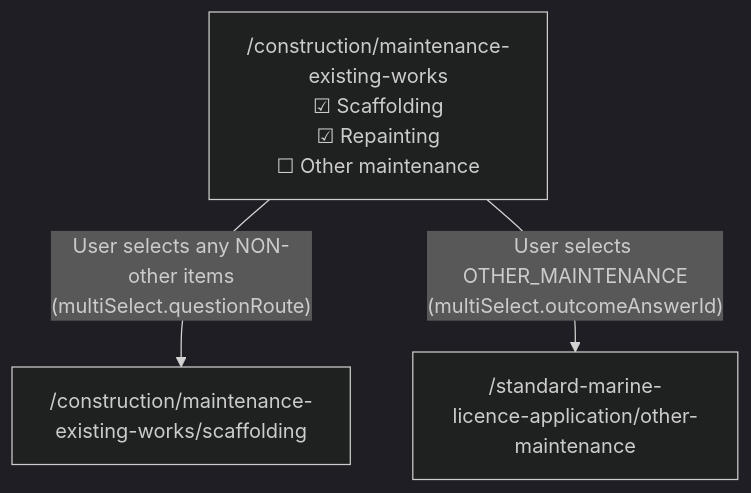
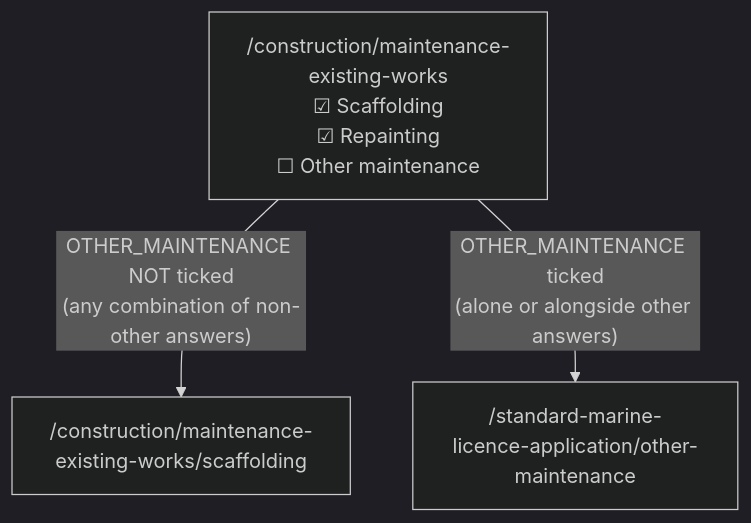
The fourth of 6 diagrams in src/server/journey/self-service/data/README.data.md (dhansak79/marine-licensing-frontend), drawn with Mermaid (dark theme) before and after one commit. The commit also changed other lines of this file and 13 other files, not shown here.

````diff
--- a/src/server/journey/self-service/data/README.data.md
+++ b/src/server/journey/self-service/data/README.data.md
@@ -262,6 +262,6 @@
 ```mermaid
 flowchart TD
     MS["/construction/maintenance-existing-works<br/>☑ Scaffolding<br/>☑ Repainting<br/>☐ Other maintenance"]
-    MS -->|"User selects any NON-other items<br/>(multiSelect.questionRoute)"| NEXT["/construction/maintenance-existing-works/scaffolding"]
-    MS -->|"User selects OTHER_MAINTENANCE<br/>(multiSelect.outcomeAnswerId)"| OUT["/standard-marine-licence-application/other-maintenance"]
+    MS -->|"OTHER_MAINTENANCE NOT ticked<br/>(any combination of non-other answers)"| NEXT["/construction/maintenance-existing-works/scaffolding"]
+    MS -->|"OTHER_MAINTENANCE ticked<br/>(alone or alongside other answers)"| OUT["/standard-marine-licence-application/other-maintenance"]
 ```
````
